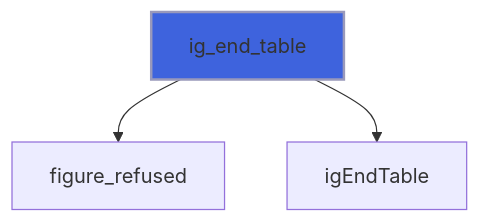
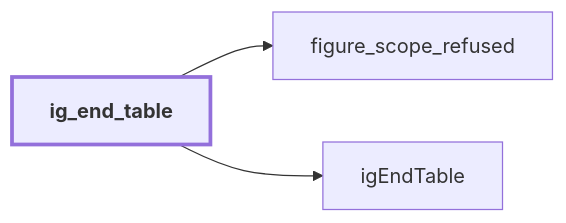
Diagram 11 of 40 in docs/api/src/lib/figure_group.md (szaghi/figure), drawn with Mermaid before and after one commit. The commit also changed other lines of this file and 54 other files, not shown here.

````diff
--- a/docs/api/src/lib/figure_group.md
+++ b/docs/api/src/lib/figure_group.md
@@ -265,6 +476,9 @@
 ```mermaid
-flowchart TD
-  ig_end_table["ig_end_table"] --> figure_refused["figure_refused"]
+flowchart LR
+  ig_end_table["ig_end_table"] --> figure_scope_refused["figure_scope_refused"]
   ig_end_table["ig_end_table"] --> igEndTable["igEndTable"]
-  style ig_end_table fill:#3e63dd,stroke:#99b,stroke-width:2px
+  classDef focus stroke-width:3px,font-weight:bold
+  class ig_end_table focus
+  click figure_scope_refused href "figure_base.html#figure-scope-refused" "figure_scope_refused"
+  click igEndTable href "figure_cimgui.html#igendtable" "igEndTable"
 ```
````
